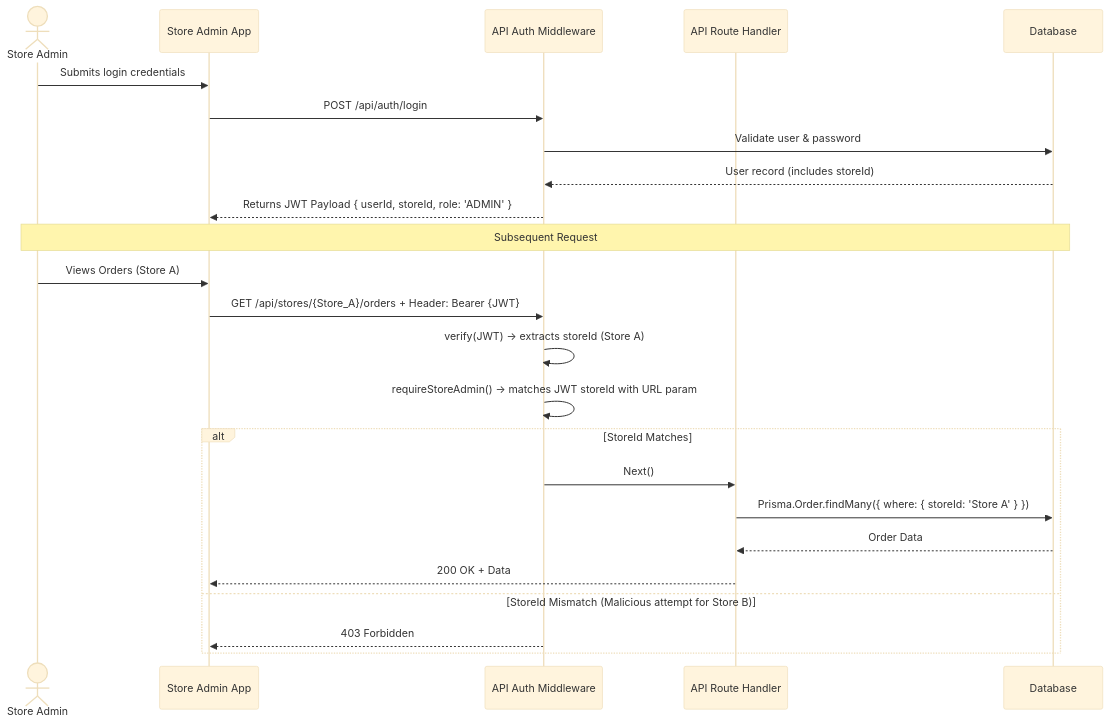
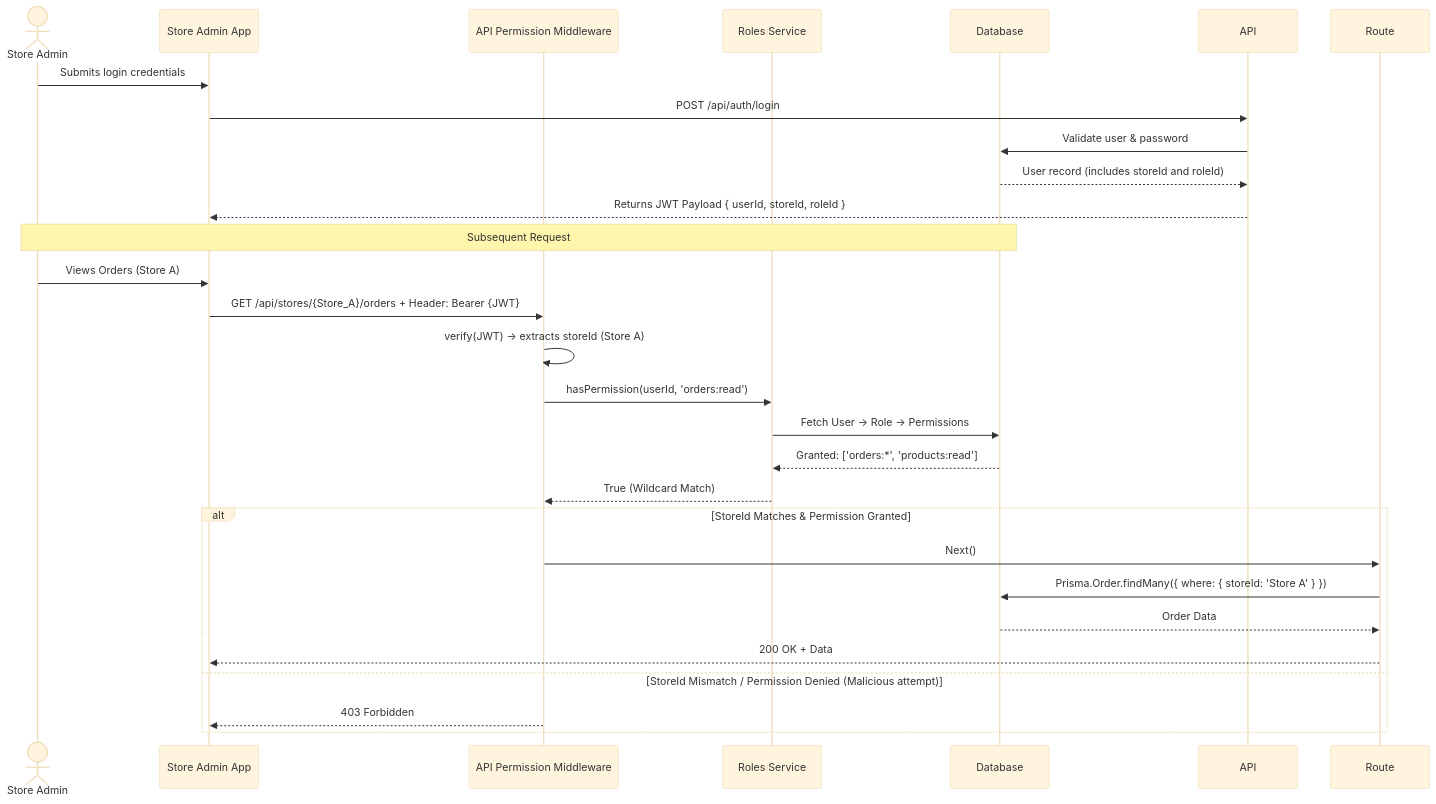
One commit to Haon1919/ecommerce-builder changed the second of 7 diagrams in ARCHITECTURE.md. Above: the diagram before and after it, drawn with Mermaid (base theme). The commit also changed other lines of this file and 84 other files, not shown here.

````diff
--- a/ARCHITECTURE.md
+++ b/ARCHITECTURE.md
@@ -90,30 +90,33 @@
 ```mermaid
 sequenceDiagram
     actor Admin as Store Admin
     participant App as Store Admin App
-    participant Middleware as API Auth Middleware
-    participant Route as API Route Handler
+    participant Middleware as API Permission Middleware
+    participant Roles as Roles Service
     participant DB as Database
 
     Admin->>App: Submits login credentials
-    App->>Middleware: POST /api/auth/login
-    Middleware->>DB: Validate user & password
-    DB-->>Middleware: User record (includes storeId)
-    Middleware-->>App: Returns JWT Payload { userId, storeId, role: 'ADMIN' }
+    App->>API: POST /api/auth/login
+    API->>DB: Validate user & password
+    DB-->>API: User record (includes storeId and roleId)
+    API-->>App: Returns JWT Payload { userId, storeId, roleId }
     
     note over Admin,DB: Subsequent Request
     
     Admin->>App: Views Orders (Store A)
     App->>Middleware: GET /api/stores/{Store_A}/orders + Header: Bearer {JWT}
     Middleware->>Middleware: verify(JWT) -> extracts storeId (Store A)
-    Middleware->>Middleware: requireStoreAdmin() -> matches JWT storeId with URL param
+    Middleware->>Roles: hasPermission(userId, 'orders:read')
+    Roles->>DB: Fetch User -> Role -> Permissions
+    DB-->>Roles: Granted: ['orders:*', 'products:read']
+    Roles-->>Middleware: True (Wildcard Match)
     
-    alt StoreId Matches
+    alt StoreId Matches & Permission Granted
         Middleware->>Route: Next()
         Route->>DB: Prisma.Order.findMany({ where: { storeId: 'Store A' } })
         DB-->>Route: Order Data
         Route-->>App: 200 OK + Data
-    else StoreId Mismatch (Malicious attempt for Store B)
+    else StoreId Mismatch / Permission Denied (Malicious attempt)
         Middleware-->>App: 403 Forbidden 
     end
 ```
````
